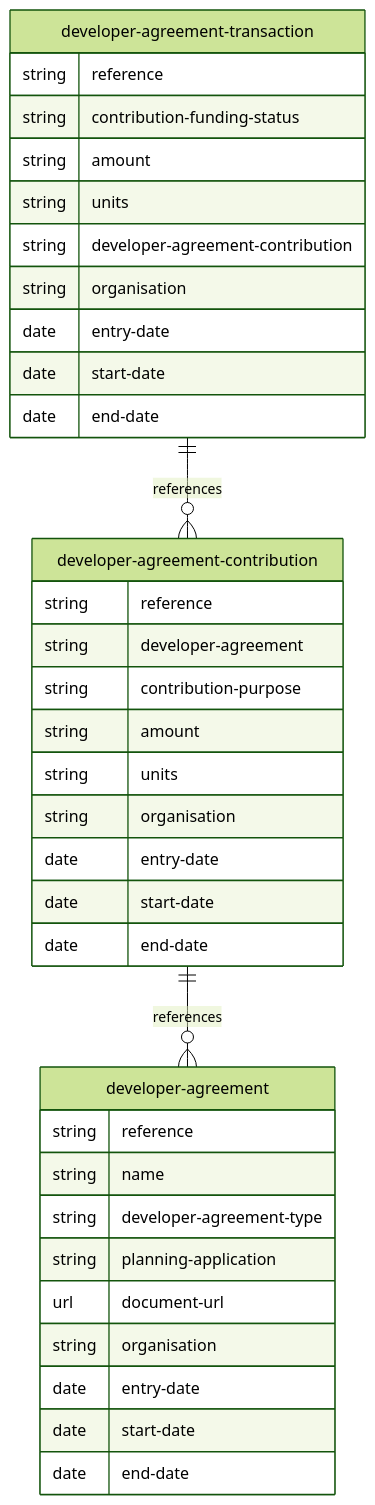
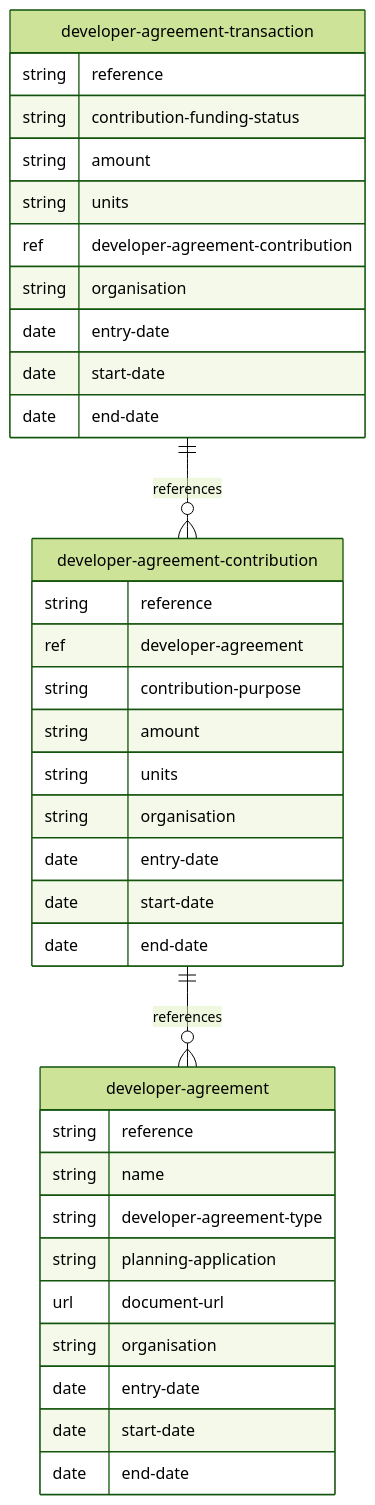
The diagram in mermaid/developer-contributions.md (digital-land/specification), drawn with Mermaid (forest theme) before and after one commit. The commit also changed 9 other files, not shown here.

````diff
--- a/mermaid/developer-contributions.md
+++ b/mermaid/developer-contributions.md
@@ -4,38 +4,38 @@
 ```mermaid
 erDiagram
     developer-agreement {
         string reference
         string name
         string developer-agreement-type
         string planning-application
         url document-url
         string organisation
         date entry-date
         date start-date
         date end-date
     }
     developer-agreement-contribution {
         string reference
-        string developer-agreement
+        ref developer-agreement
         string contribution-purpose
         string amount
         string units
         string organisation
         date entry-date
         date start-date
         date end-date
     }
     developer-agreement-transaction {
         string reference
         string contribution-funding-status
         string amount
         string units
-        string developer-agreement-contribution
+        ref developer-agreement-contribution
         string organisation
         date entry-date
         date start-date
         date end-date
     }
     developer-agreement-contribution ||--o{ developer-agreement : references
     developer-agreement-transaction ||--o{ developer-agreement-contribution : references
 ```
````
